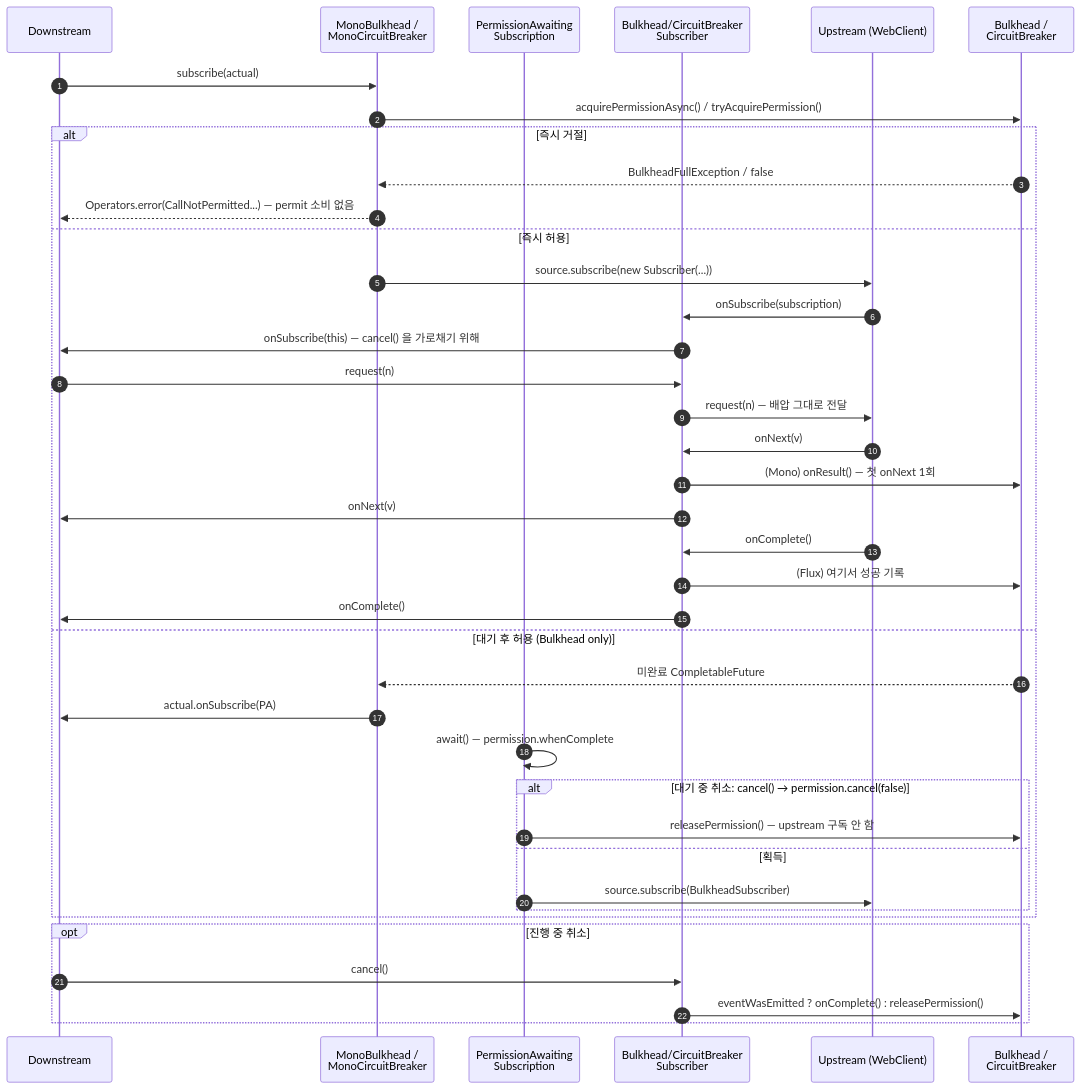
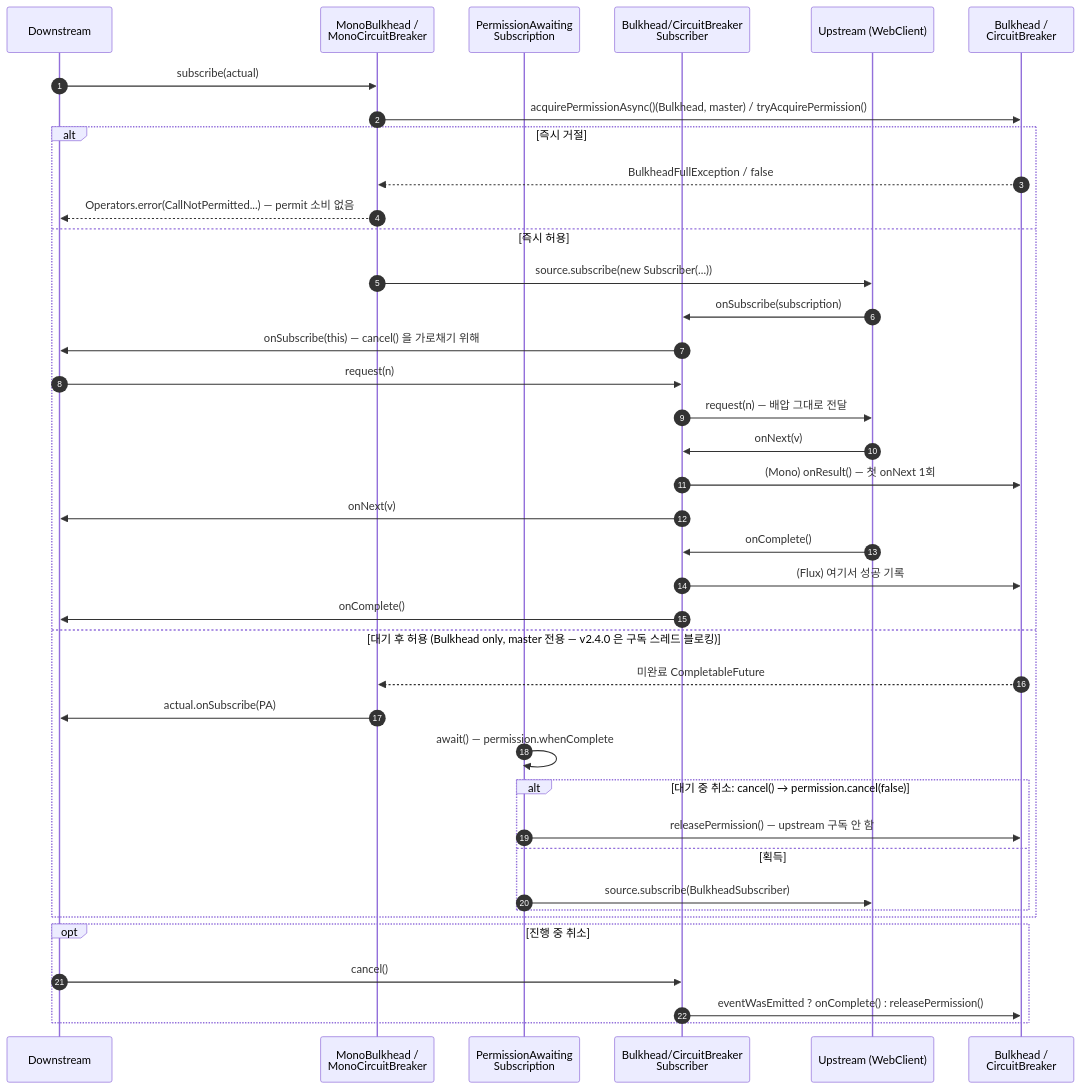
Before and after one commit to ktae23/TIL: the diagram in resilience4j/advanced/08-reactor-operators.md, drawn with Mermaid. The commit also changed other lines of this file and 5 other files, not shown here.

````diff
--- a/resilience4j/advanced/08-reactor-operators.md
+++ b/resilience4j/advanced/08-reactor-operators.md
@@ -71,44 +71,44 @@
 ```mermaid
 sequenceDiagram
     autonumber
     participant D as Downstream
     participant OP as MonoBulkhead /<br/>MonoCircuitBreaker
     participant PA as PermissionAwaiting<br/>Subscription
     participant S as Bulkhead/CircuitBreaker<br/>Subscriber
     participant U as Upstream (WebClient)
     participant B as Bulkhead /<br/>CircuitBreaker
 
     D->>OP: subscribe(actual)
-    OP->>B: acquirePermissionAsync() / tryAcquirePermission()
+    OP->>B: acquirePermissionAsync()(Bulkhead, master) / tryAcquirePermission()
 
     alt 즉시 거절
         B-->>OP: BulkheadFullException / false
         OP-->>D: Operators.error(CallNotPermitted...) — permit 소비 없음
     else 즉시 허용
         OP->>U: source.subscribe(new Subscriber(...))
         U->>S: onSubscribe(subscription)
         S->>D: onSubscribe(this) — cancel() 을 가로채기 위해
         D->>S: request(n)
         S->>U: request(n) — 배압 그대로 전달
         U->>S: onNext(v)
         S->>B: (Mono) onResult() — 첫 onNext 1회
         S->>D: onNext(v)
         U->>S: onComplete()
         S->>B: (Flux) 여기서 성공 기록
         S->>D: onComplete()
-    else 대기 후 허용 (Bulkhead only)
+    else 대기 후 허용 (Bulkhead only, master 전용 — v2.4.0 은 구독 스레드 블로킹)
         B-->>OP: 미완료 CompletableFuture
         OP->>D: actual.onSubscribe(PA)
         PA->>PA: await() — permission.whenComplete
         alt 대기 중 취소: cancel() → permission.cancel(false)
             PA->>B: releasePermission() — upstream 구독 안 함
         else 획득
             PA->>U: source.subscribe(BulkheadSubscriber)
         end
     end
 
     opt 진행 중 취소
         D->>S: cancel()
         S->>B: eventWasEmitted ? onComplete() : releasePermission()
     end
 ```
````
